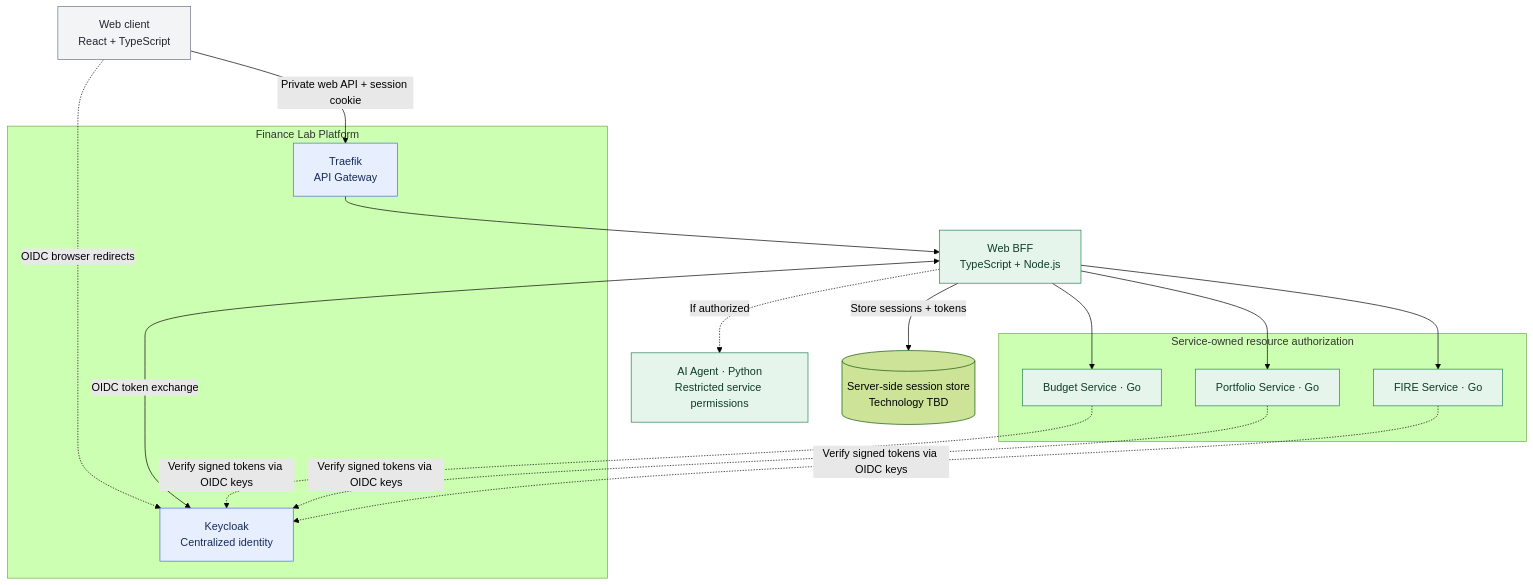
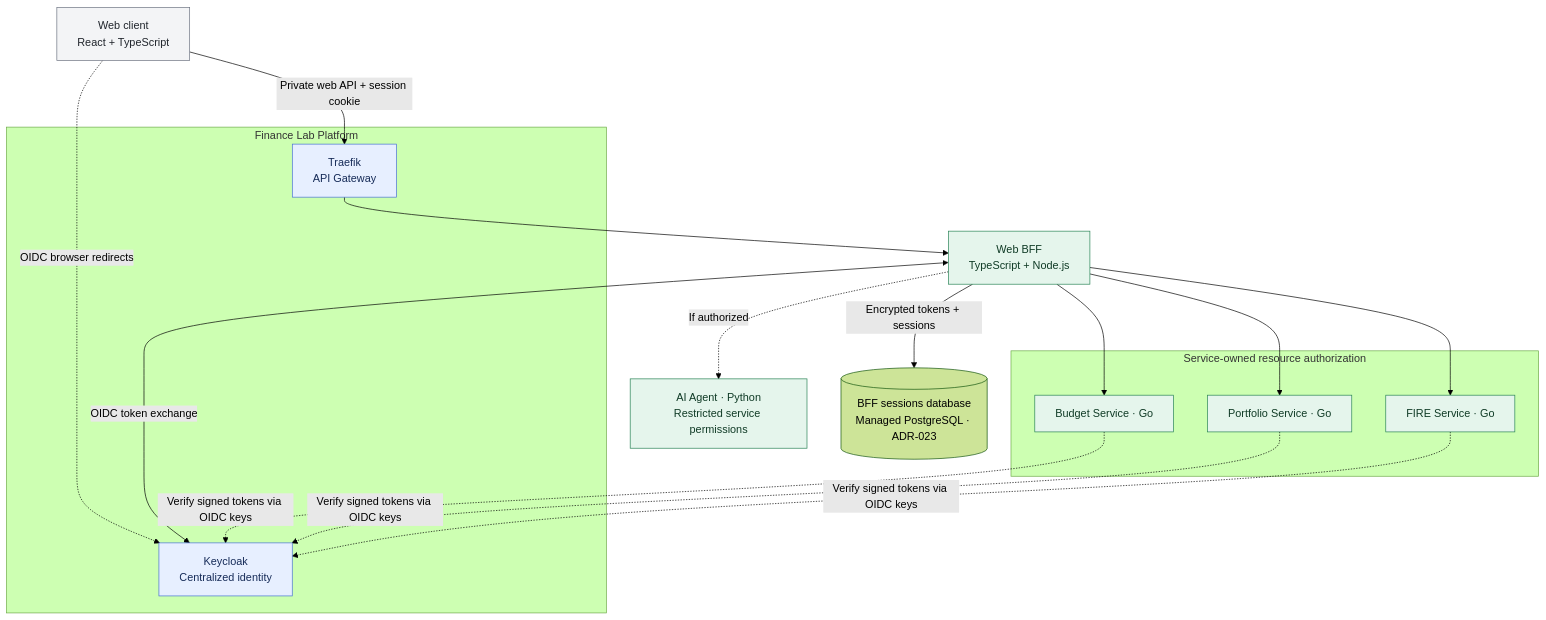
Before and after one commit to anton415/finance-lab: the diagram in docs/architecture/decisions/0006-keycloak-identity-service-authorization.md, drawn with Mermaid (forest theme). The commit also changed other lines of this file and 8 other files, not shown here.

First line of the commit message:
docs(architecture): accept ADR-023 PostgreSQL BFF sessions

````diff
--- a/docs/architecture/decisions/0006-keycloak-identity-service-authorization.md
+++ b/docs/architecture/decisions/0006-keycloak-identity-service-authorization.md
@@ -22,35 +22,35 @@
 ```mermaid
 flowchart TD
     CLIENT["Web client<br/>React + TypeScript"]
     BFF["Web BFF<br/>TypeScript + Node.js"]
     subgraph PLATFORM["Finance Lab Platform"]
         IDP["Keycloak<br/>Centralized identity"]
         G["Traefik<br/>API Gateway"]
     end
     subgraph FINANCE["Service-owned resource authorization"]
         B["Budget Service · Go"]
         P["Portfolio Service · Go"]
         F["FIRE Service · Go"]
     end
     A["AI Agent · Python<br/>Restricted service permissions"]
 
     CLIENT -.->|"OIDC browser redirects"| IDP
     CLIENT -->|"Private web API + session cookie"| G
     G --> BFF
     BFF <-->|"OIDC token exchange"| IDP
-    BFF -->|"Store sessions + tokens"| STORE[("Server-side session store<br/>Technology TBD")]
+    BFF -->|"Encrypted tokens + sessions"| STORE[("BFF sessions database<br/>Managed PostgreSQL · ADR-023")]
     BFF --> B
     BFF --> P
     BFF --> F
     BFF -.->|"If authorized"| A
     B -.->|"Verify signed tokens via OIDC keys"| IDP
     P -.->|"Verify signed tokens via OIDC keys"| IDP
     F -.->|"Verify signed tokens via OIDC keys"| IDP
 
     classDef edge fill:#E7EFFF,stroke:#466FD1,color:#162B58;
     classDef finance fill:#E5F5EC,stroke:#278254,color:#103B26;
     classDef client fill:#F3F4F6,stroke:#6B7280,color:#20252C;
     class CLIENT client;
     class IDP,G edge;
     class BFF,B,P,F,A finance;
 ```
````
